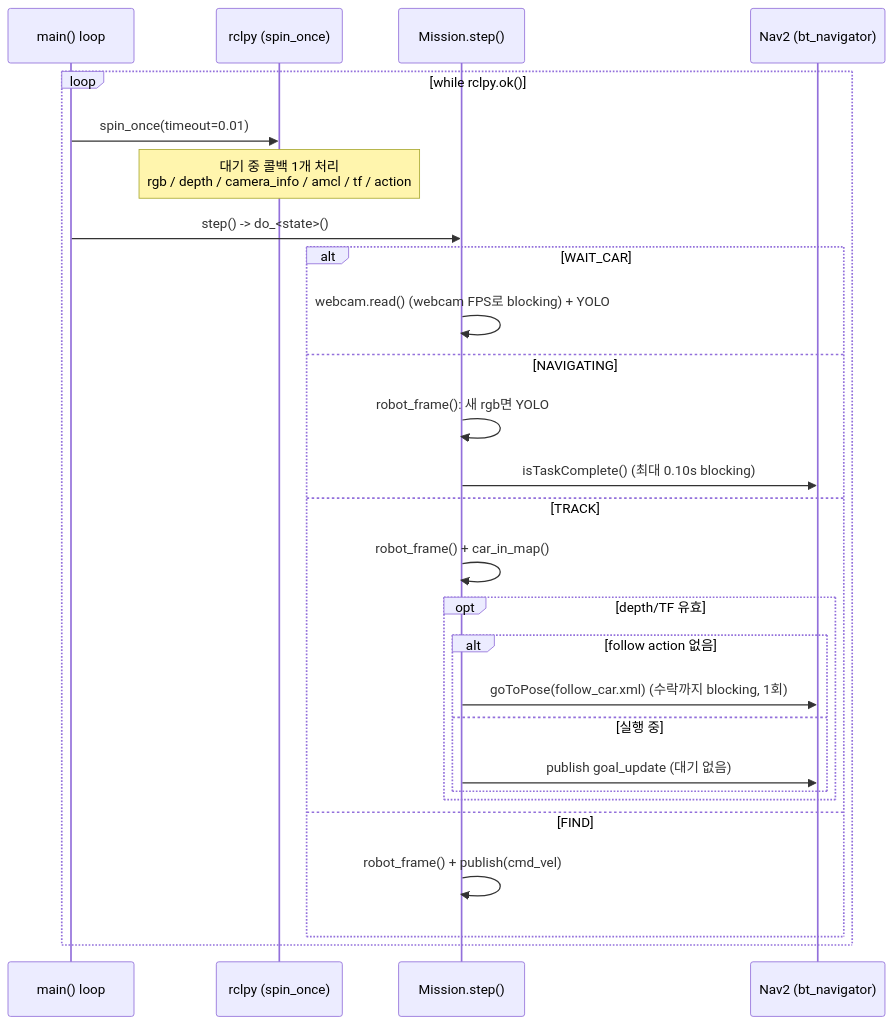
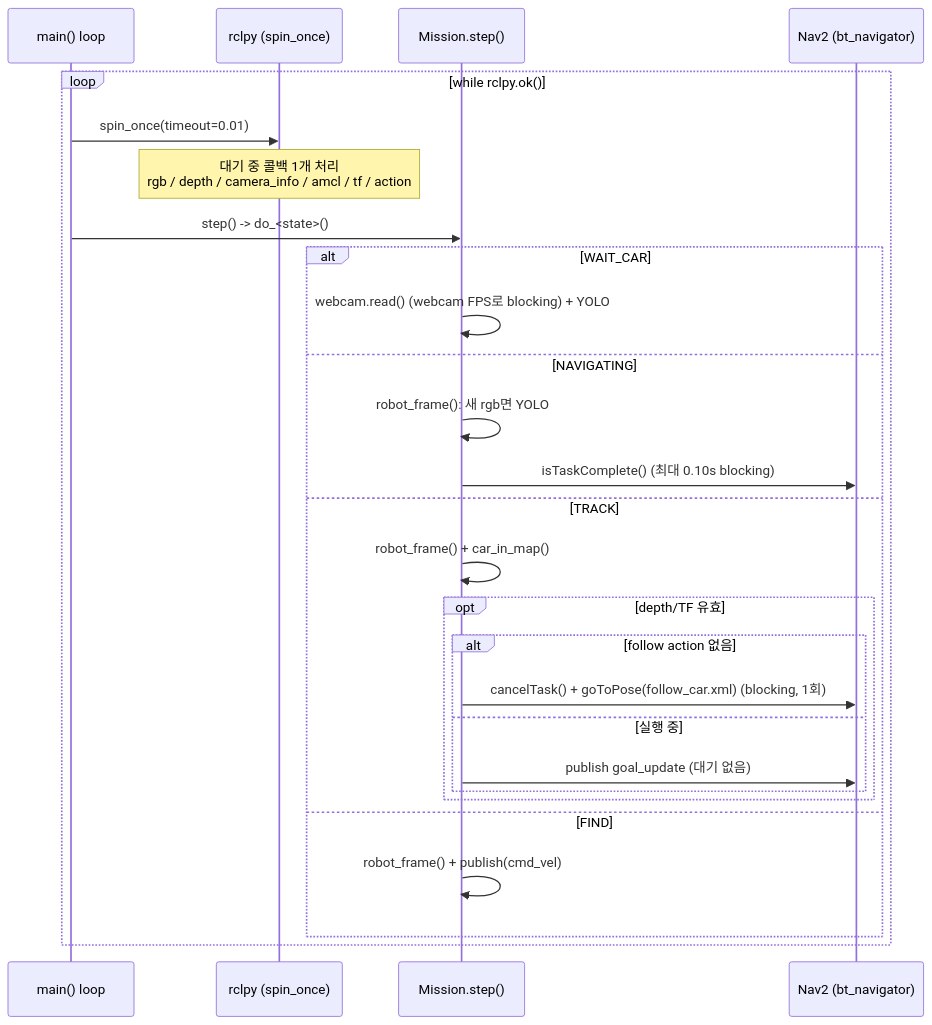
Before and after one commit to choicsh/cobot4_ws_miniproject: the sixth of 7 diagrams in docs/architecture.md, drawn with Mermaid. The commit also changed other lines of this file and 2 other files, not shown here.

Commit message:
fix(mission): follow action 전에 실행 중인 goal 취소 (BT가 다르면 선점 거부)
NAVIGATE goal(기본 BT) 실행 중 follow_car.xml goal을 보내면 bt_navigator가
"Preemption request was rejected since the requested BT XML file is not the same"로
거부해 로봇이 webcam goal로 계속 갔다.

````diff
--- a/docs/architecture.md
+++ b/docs/architecture.md
@@ -187,30 +187,30 @@
 ```mermaid
 sequenceDiagram
     participant L as main() loop
     participant E as rclpy (spin_once)
     participant M as Mission.step()
     participant N as Nav2 (bt_navigator)
 
     loop while rclpy.ok()
         L->>E: spin_once(timeout=0.01)
         Note over E: 대기 중 콜백 1개 처리<br/>rgb / depth / camera_info / amcl / tf / action
         L->>M: step() -> do_<state>()
         alt WAIT_CAR
             M->>M: webcam.read() (webcam FPS로 blocking) + YOLO
         else NAVIGATING
             M->>M: robot_frame(): 새 rgb면 YOLO
             M->>N: isTaskComplete() (최대 0.10s blocking)
         else TRACK
             M->>M: robot_frame() + car_in_map()
             opt depth/TF 유효
                 alt follow action 없음
-                    M->>N: goToPose(follow_car.xml) (수락까지 blocking, 1회)
+                    M->>N: cancelTask() + goToPose(follow_car.xml) (blocking, 1회)
                 else 실행 중
                     M->>N: publish goal_update (대기 없음)
                 end
             end
         else FIND
             M->>M: robot_frame() + publish(cmd_vel)
         end
     end
 ```
````
